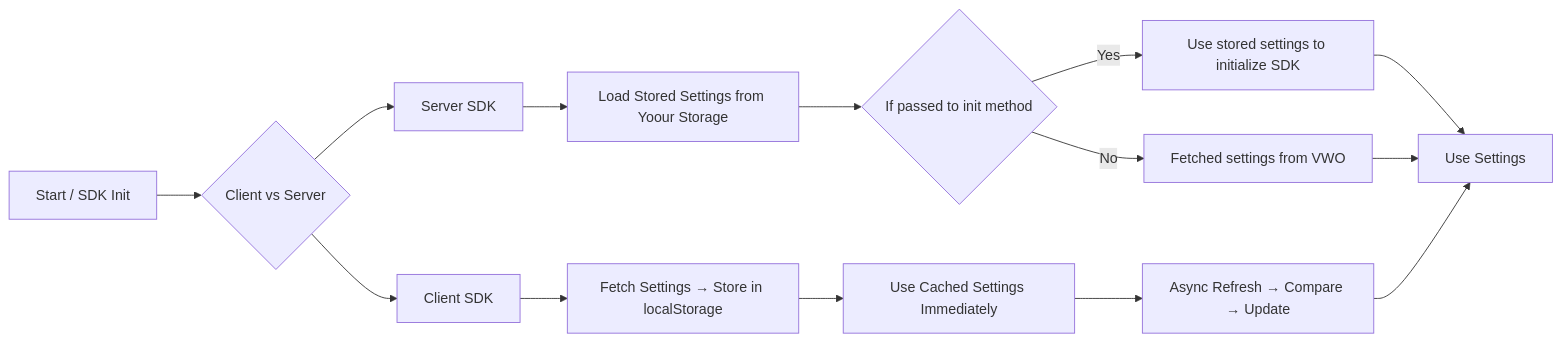
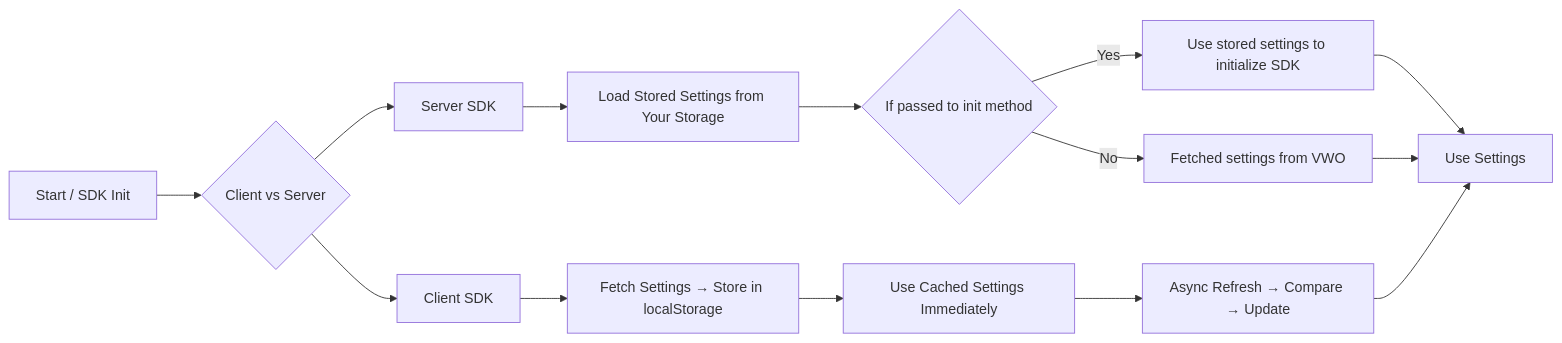
One commit to wingify/readme-central changed the third of 3 diagrams in docs/Concepts/fme-sdks-caching.md. Above: the diagram before and after it, drawn with Mermaid.

Commit message:
Update doc `fme-sdks-caching`

````diff
--- a/docs/Concepts/fme-sdks-caching.md
+++ b/docs/Concepts/fme-sdks-caching.md
@@ -186,16 +186,16 @@
 ```mermaid
 graph LR
   A[Start / SDK Init] --> B{Client vs Server}
   B --> C[Client SDK]
   B --> D[Server SDK]
   C --> E[Fetch Settings → Store in localStorage]
   E --> F[Use Cached Settings Immediately]
   F --> G[Async Refresh → Compare → Update]
-  D --> H[Load Stored Settings from Yoour Storage]
+  D --> H[Load Stored Settings from Your Storage]
   H --> I{If passed to init method}
   I -->|Yes| J[Use stored settings to initialize SDK]
   I -->|No| K[Fetched settings from VWO]
   J --> L[Use Settings]
   K --> L
   G --> L
 ```
````
